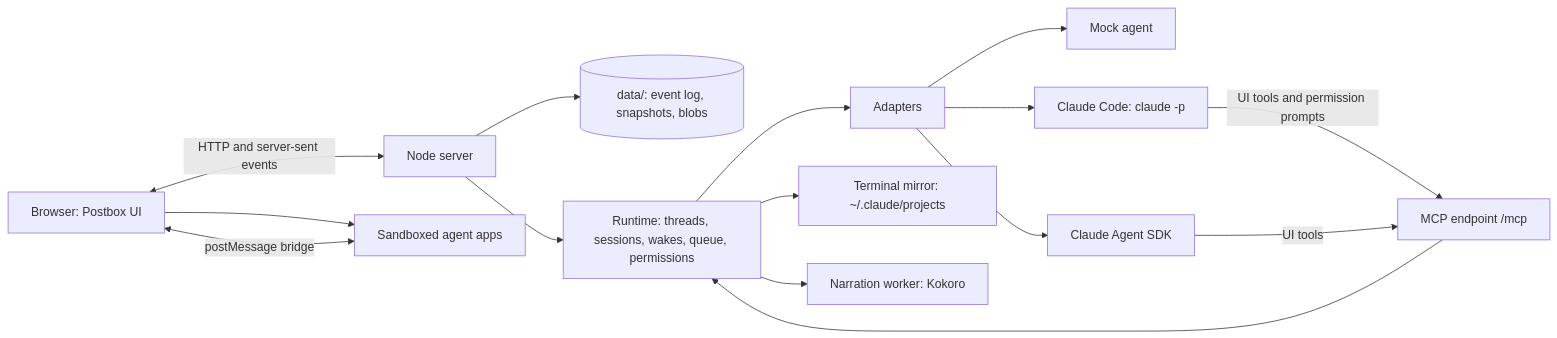
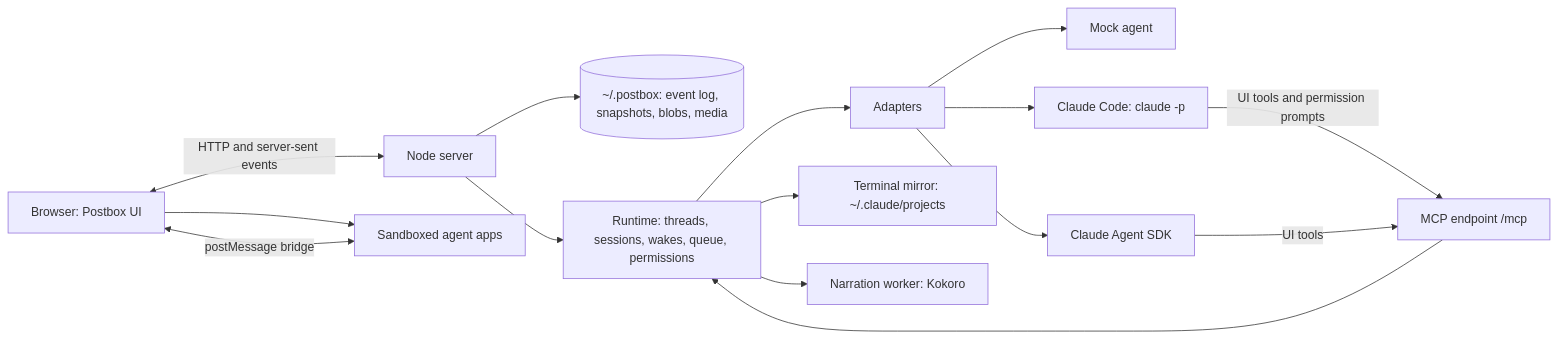
The diagram in README.md (HJeon139/postbox), drawn with Mermaid before and after one commit. The commit also changed other lines of this file and 10 other files, not shown here.

````diff
--- a/README.md
+++ b/README.md
@@ -73,17 +79,17 @@
 ```mermaid
 flowchart LR
   B[Browser: Postbox UI] <-->|HTTP and server-sent events| S[Node server]
-  S --> ST[(data/: event log, snapshots, blobs)]
+  S --> ST[(~/.postbox: event log, snapshots, blobs, media)]
   S --> RT[Runtime: threads, sessions, wakes, queue, permissions]
   RT --> AD[Adapters]
   AD --> MOCK[Mock agent]
   AD --> CC[Claude Code: claude -p]
   AD --> SDK[Claude Agent SDK]
   CC -->|UI tools and permission prompts| MCP[MCP endpoint /mcp]
   SDK -->|UI tools| MCP
   MCP --> RT
   RT --> TM[Terminal mirror: ~/.claude/projects]
   RT --> NR[Narration worker: Kokoro]
   B --> SB[Sandboxed agent apps]
   SB <-->|postMessage bridge| B
 ```
````
